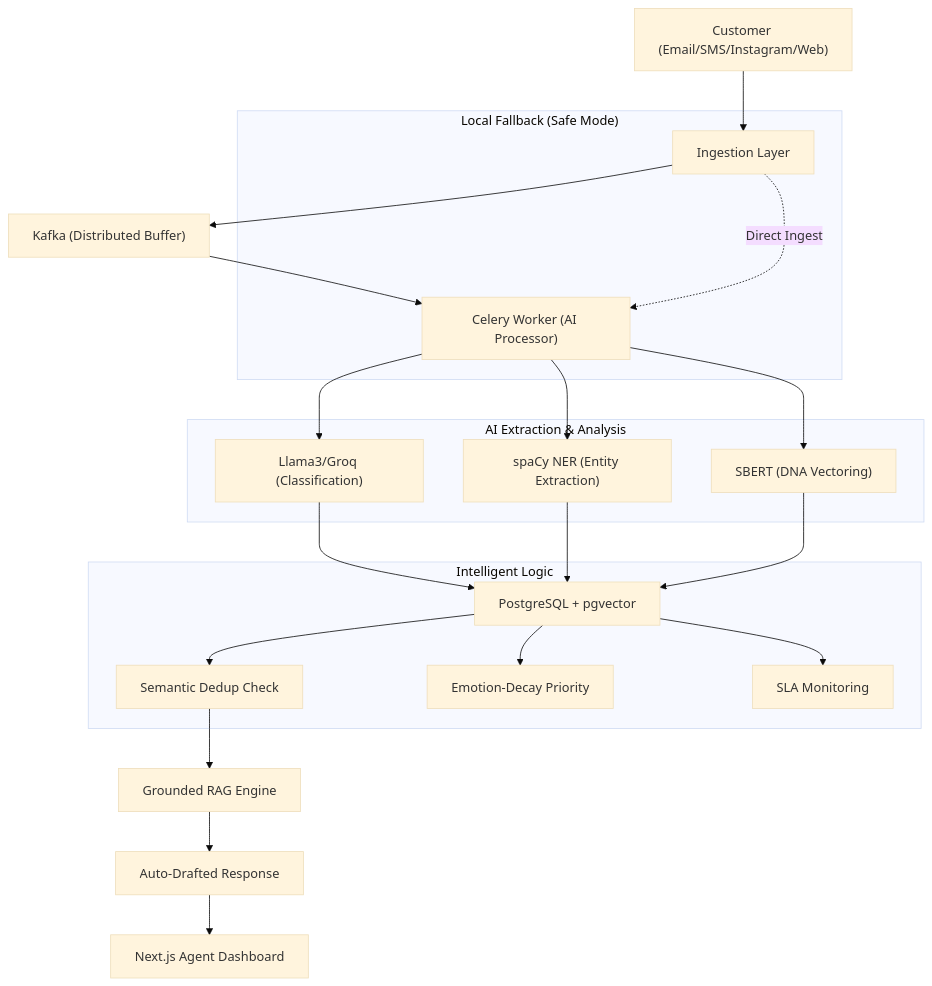
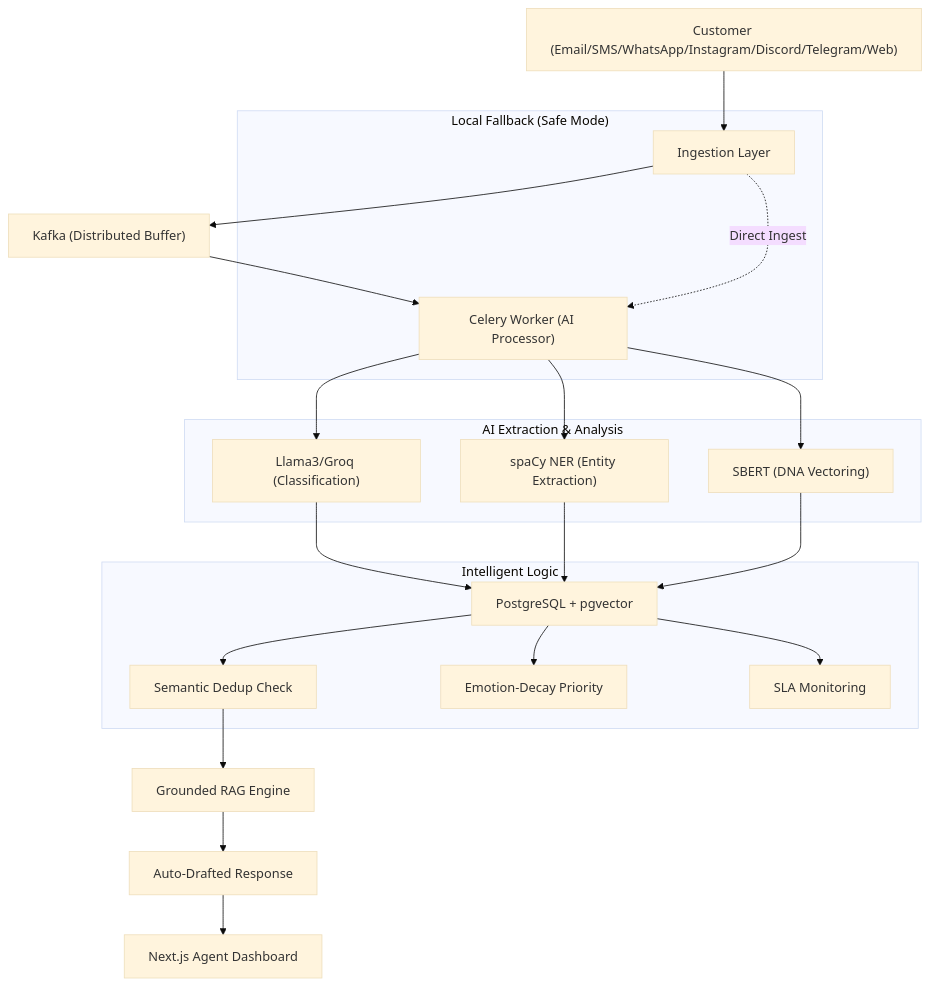
One commit to kshitijsingh1-tech/CREST changed the diagram in README.md. Above: the diagram before and after it, drawn with Mermaid (base theme). The commit also changed other lines of this file, not shown here.

````diff
--- a/README.md
+++ b/README.md
@@ -23,30 +24,30 @@
 ```mermaid
 graph TD
-    A["Customer (Email/SMS/Instagram/Web)"] --> B["Ingestion Layer"]
+    A["Customer (Email/SMS/WhatsApp/Instagram/Discord/Telegram/Web)"] --> B["Ingestion Layer"]
     B --> C["Kafka (Distributed Buffer)"]
     C --> D["Celery Worker (AI Processor)"]
     
     subgraph "Local Fallback (Safe Mode)"
         B -.->|Direct Ingest| D
     end
 
     subgraph "AI Extraction & Analysis"
         D --> E["Llama3/Groq (Classification)"]
         D --> F["spaCy NER (Entity Extraction)"]
         D --> G["SBERT (DNA Vectoring)"]
     end
     
     E --> H["PostgreSQL + pgvector"]
     F --> H
     G --> H
     
     subgraph "Intelligent Logic"
         H --> I["Semantic Dedup Check"]
         H --> J["Emotion-Decay Priority"]
         H --> K["SLA Monitoring"]
     end
     
     I --> L["Grounded RAG Engine"]
     L --> M["Auto-Drafted Response"]
     M --> N["Next.js Agent Dashboard"]
 ```
````
